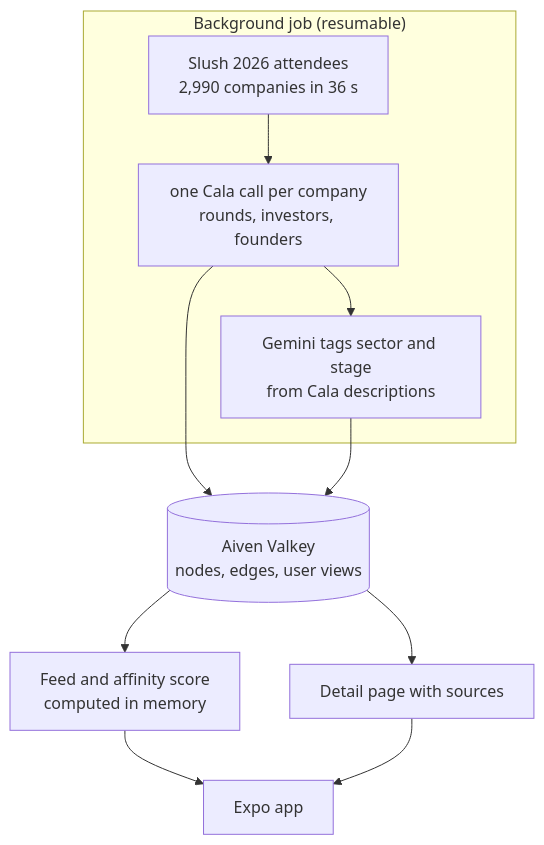
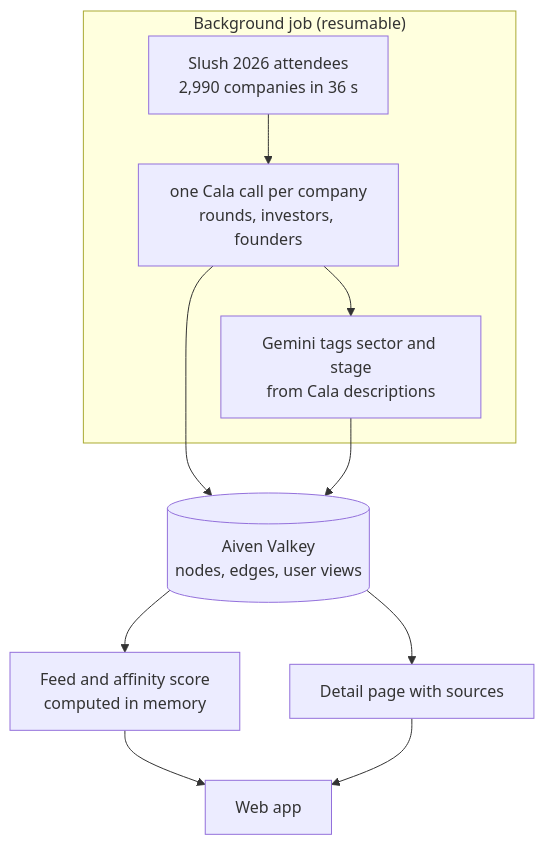
The third of 3 diagrams in docs/AIVEN.md (BauDahn/junction), drawn with Mermaid before and after one commit. The commit also changed 5 other files, not shown here.

````diff
--- a/docs/AIVEN.md
+++ b/docs/AIVEN.md
@@ -98,13 +98,13 @@
 ```mermaid
 flowchart TB
   subgraph Batch["Background job (resumable)"]
     L["Slush 2026 attendees<br/>2,990 companies in 36 s"] --> P["one Cala call per company<br/>rounds, investors, founders"]
     P --> T["Gemini tags sector and stage<br/>from Cala descriptions"]
   end
   P --> G[("Aiven Valkey<br/>nodes, edges, user views")]
   T --> G
   G --> F["Feed and affinity score<br/>computed in memory"]
   G --> X["Detail page with sources"]
-  F --> UI["Expo app"]
+  F --> UI["Web app"]
   X --> UI
 ```
````
